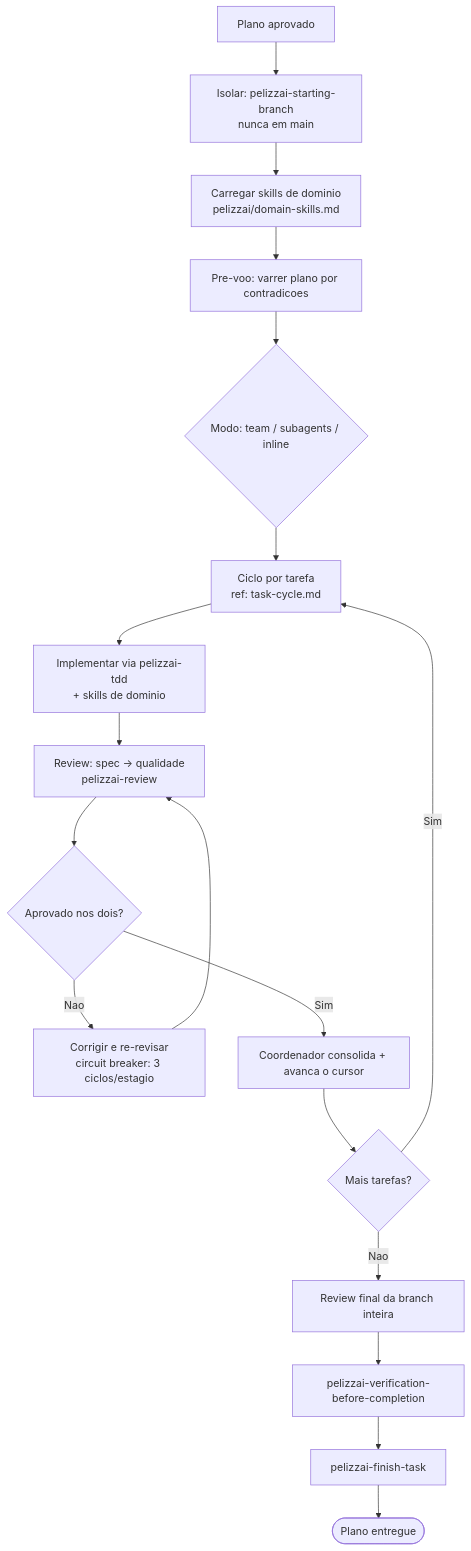
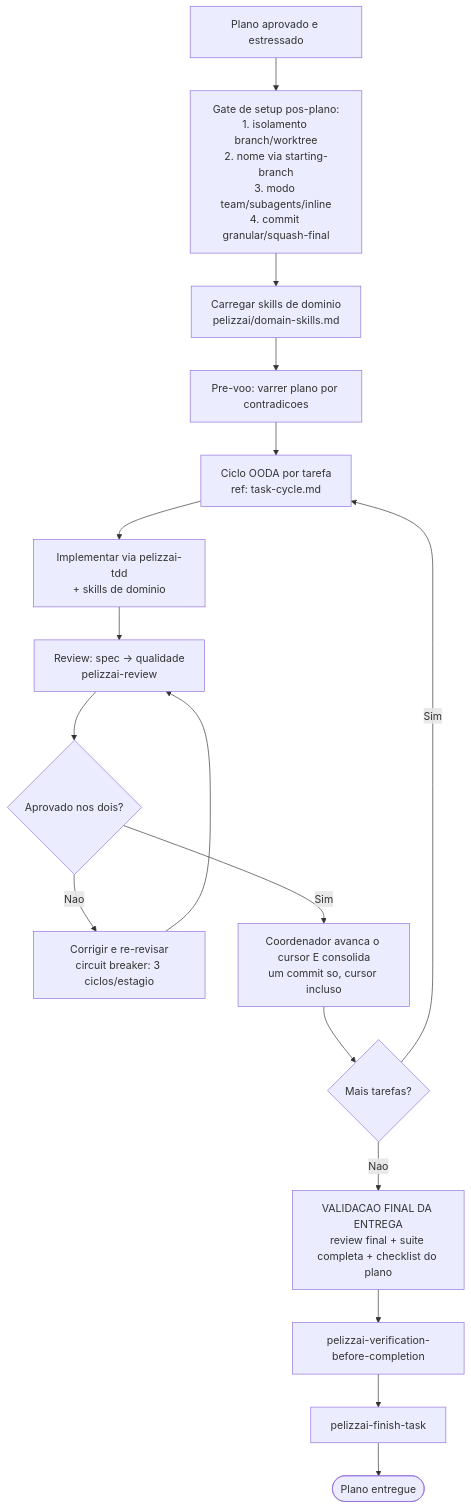
One commit to rpelizza/PelizzAI changed the diagram in .claude/skills/pelizzai-execution-plans/SKILL.md. Above: the diagram before and after it, drawn with Mermaid. The commit also changed other lines of this file and 34 other files, not shown here.

First line of the commit message:
feat(pelizzai): adiciona OODA e suporte a worktree

````diff
--- a/.claude/skills/pelizzai-execution-plans/SKILL.md
+++ b/.claude/skills/pelizzai-execution-plans/SKILL.md
@@ -88,20 +150,19 @@
 ```mermaid
 flowchart TD
-    PL[Plano aprovado] --> ISO[Isolar: pelizzai-starting-branch\nnunca em main]
-    ISO --> DOM[Carregar skills de dominio\npelizzai/domain-skills.md]
+    PL[Plano aprovado e estressado] --> GATE[Gate de setup pos-plano:\n1. isolamento branch/worktree\n2. nome via starting-branch\n3. modo team/subagents/inline\n4. commit granular/squash-final]
+    GATE --> DOM[Carregar skills de dominio\npelizzai/domain-skills.md]
     DOM --> PRE[Pre-voo: varrer plano por contradicoes]
-    PRE --> MODE{Modo: team / subagents / inline}
-    MODE --> CY[Ciclo por tarefa\nref: task-cycle.md]
+    PRE --> CY[Ciclo OODA por tarefa\nref: task-cycle.md]
     CY --> T[Implementar via pelizzai-tdd\n+ skills de dominio]
     T --> RV[Review: spec -> qualidade\npelizzai-review]
     RV --> Q{Aprovado nos dois?}
     Q -- Nao --> FX[Corrigir e re-revisar\ncircuit breaker: 3 ciclos/estagio]
     FX --> RV
-    Q -- Sim --> CM[Coordenador consolida + avanca o cursor]
+    Q -- Sim --> CM[Coordenador avanca o cursor E consolida\num commit so, cursor incluso]
     CM --> MORE{Mais tarefas?}
     MORE -- Sim --> CY
-    MORE -- Nao --> FR[Review final da branch inteira]
-    FR --> VC[pelizzai-verification-before-completion]
+    MORE -- Nao --> VAL[VALIDACAO FINAL DA ENTREGA\nreview final + suite completa + checklist do plano]
+    VAL --> VC[pelizzai-verification-before-completion]
     VC --> FIN[pelizzai-finish-task]
     FIN --> done([Plano entregue])
 ```
````
